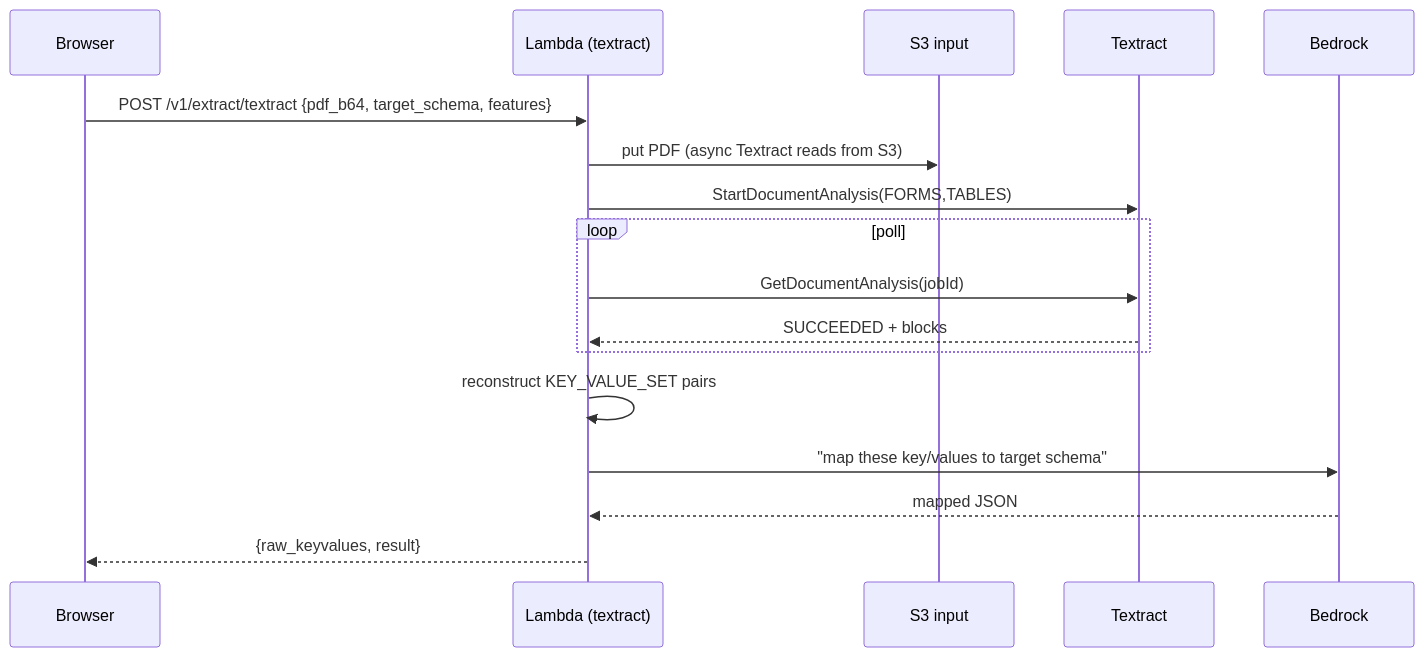
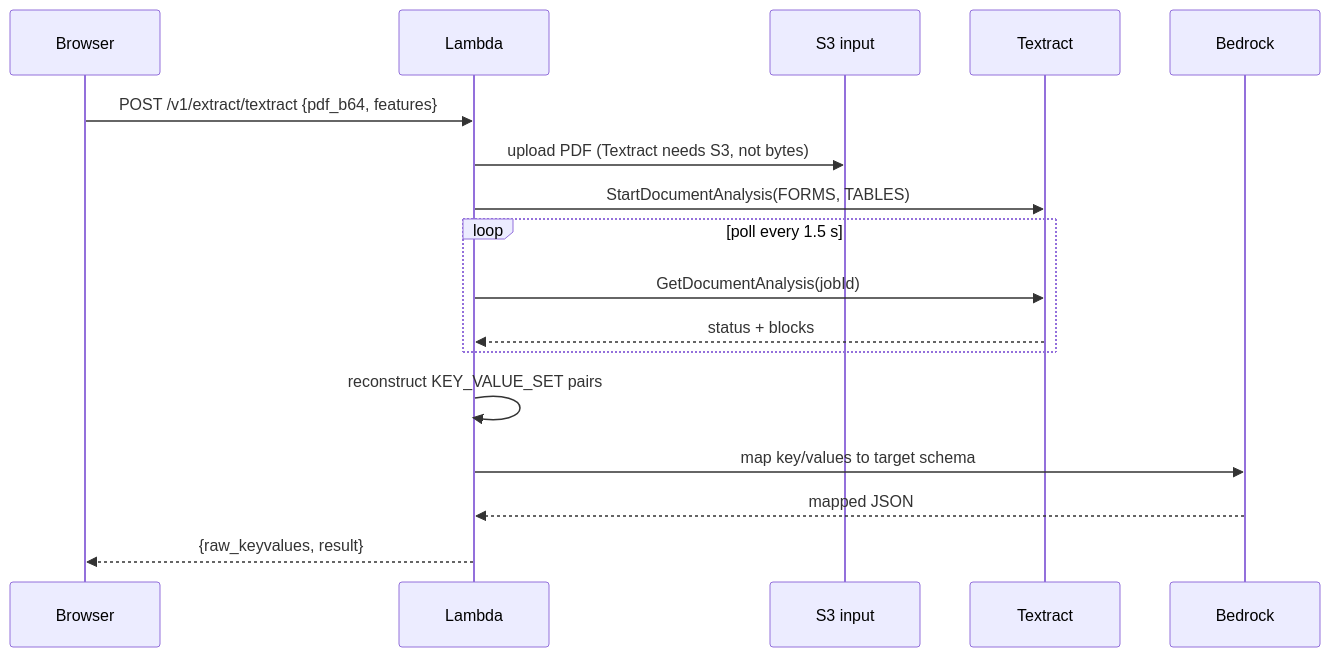
One commit to baljinder22g/IDP changed the third of 4 diagrams in docs/documentation.md. Above: the diagram before and after it, drawn with Mermaid. The commit also changed other lines of this file and 27 other files, not shown here.

````diff
--- a/docs/documentation.md
+++ b/docs/documentation.md
@@ -106,19 +256,19 @@
 ```mermaid
 sequenceDiagram
-  participant U as Browser
-  participant L as Lambda (textract)
-  participant S3 as S3 input
+  participant B as Browser
+  participant L as Lambda
+  participant S3i as S3 input
   participant T as Textract
-  participant B as Bedrock
-  U->>L: POST /v1/extract/textract {pdf_b64, target_schema, features}
-  L->>S3: put PDF (async Textract reads from S3)
-  L->>T: StartDocumentAnalysis(FORMS,TABLES)
-  loop poll
+  participant Bk as Bedrock
+  B->>L: POST /v1/extract/textract {pdf_b64, features}
+  L->>S3i: upload PDF (Textract needs S3, not bytes)
+  L->>T: StartDocumentAnalysis(FORMS, TABLES)
+  loop poll every 1.5 s
     L->>T: GetDocumentAnalysis(jobId)
-    T-->>L: SUCCEEDED + blocks
+    T-->>L: status + blocks
   end
   L->>L: reconstruct KEY_VALUE_SET pairs
-  L->>B: "map these key/values to target schema"
-  B-->>L: mapped JSON
-  L-->>U: {raw_keyvalues, result}
+  L->>Bk: map key/values to target schema
+  Bk-->>L: mapped JSON
+  L-->>B: {raw_keyvalues, result}
 ```
````
